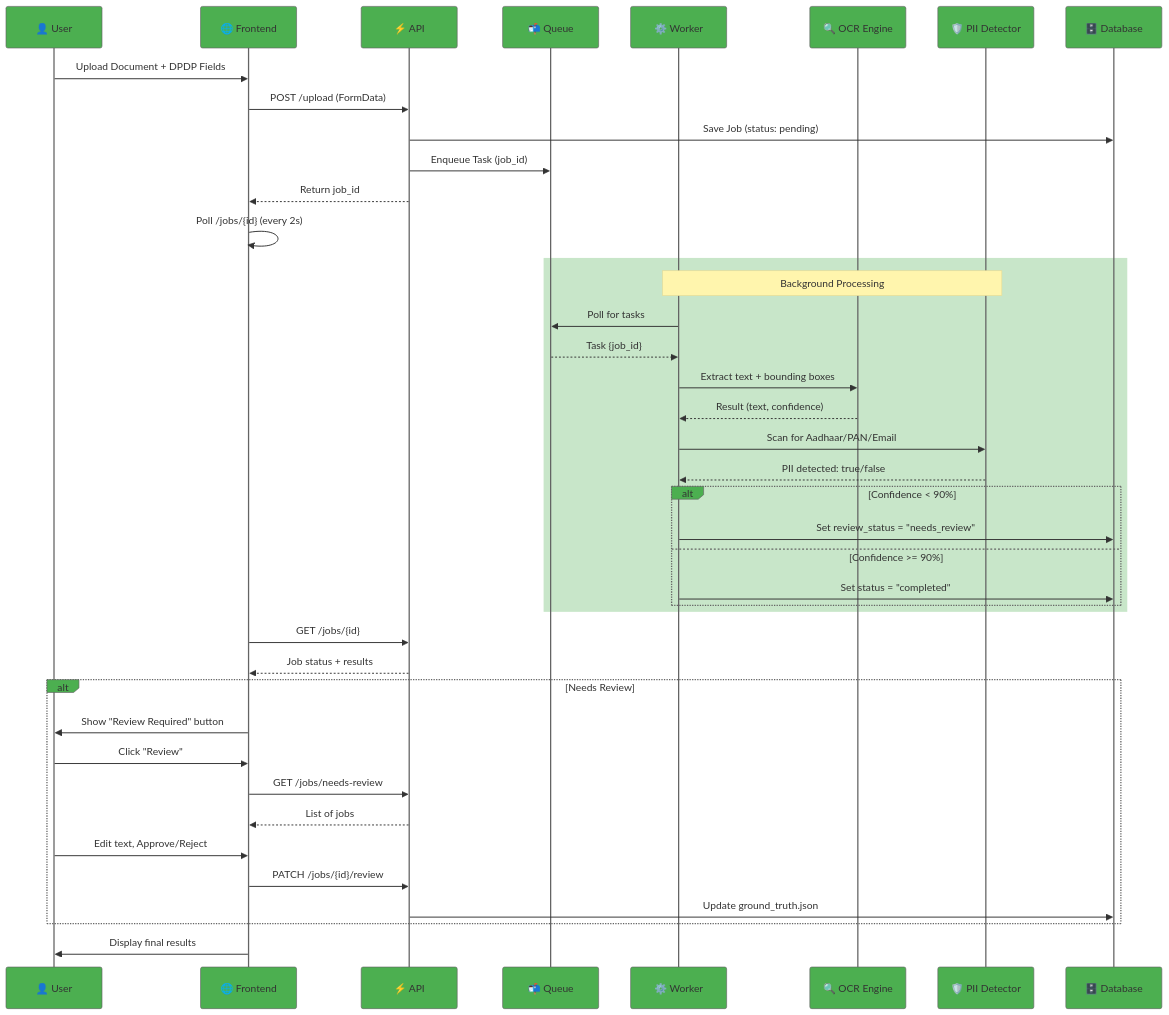
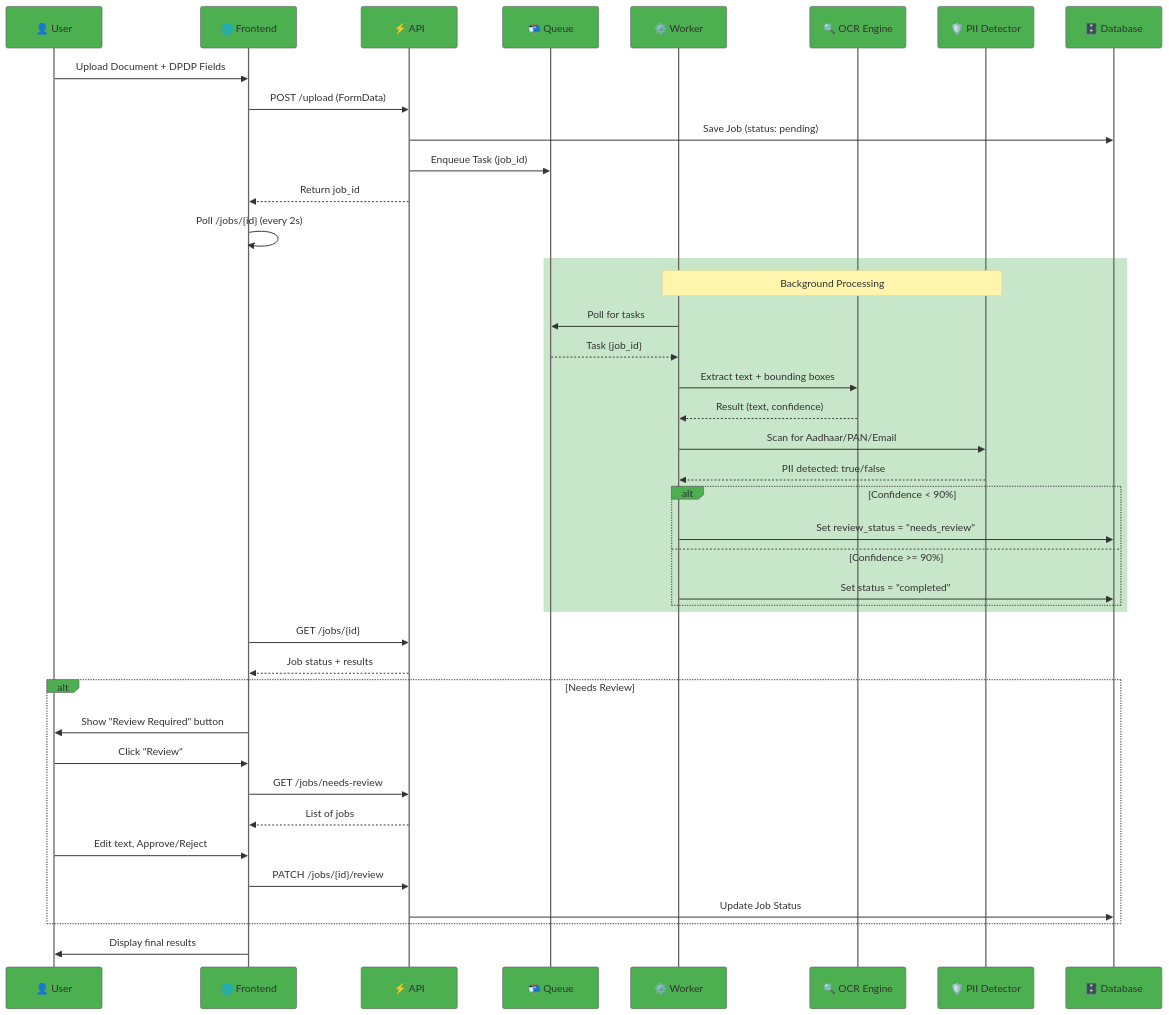
The second of 2 diagrams in backend/ARCHITECTURE.md (VIKAS9793/IndiaAI-IDP-Platform), drawn with Mermaid before and after one commit. The commit also changed other lines of this file and 6 other files, not shown here.

````diff
--- a/backend/ARCHITECTURE.md
+++ b/backend/ARCHITECTURE.md
@@ -176,50 +176,50 @@
 ```mermaid
 %%{init: {'theme':'base', 'themeVariables': { 'primaryColor':'#4CAF50','secondaryColor':'#2196F3','tertiaryColor':'#FF9800'}}}%%
 sequenceDiagram
     participant U as 👤 User
     participant UI as 🌐 Frontend
     participant API as ⚡ API
     participant Q as 📬 Queue
     participant W as ⚙️ Worker
     participant OCR as 🔍 OCR Engine
     participant PII as 🛡️ PII Detector
     participant DB as 🗄️ Database
     
     U->>UI: Upload Document + DPDP Fields
     UI->>API: POST /upload (FormData)
     API->>DB: Save Job (status: pending)
     API->>Q: Enqueue Task (job_id)
     API-->>UI: Return job_id
     UI->>UI: Poll /jobs/{id} (every 2s)
     
     rect rgb(200, 230, 201)
     Note over W,PII: Background Processing
     W->>Q: Poll for tasks
     Q-->>W: Task {job_id}
     W->>OCR: Extract text + bounding boxes
     OCR-->>W: Result (text, confidence)
     W->>PII: Scan for Aadhaar/PAN/Email
     PII-->>W: PII detected: true/false
     
     alt Confidence < 90%
         W->>DB: Set review_status = "needs_review"
     else Confidence >= 90%
         W->>DB: Set status = "completed"
     end
     end
     
     UI->>API: GET /jobs/{id}
     API-->>UI: Job status + results
     
     alt Needs Review
         UI->>U: Show "Review Required" button
         U->>UI: Click "Review"
         UI->>API: GET /jobs/needs-review
         API-->>UI: List of jobs
         U->>UI: Edit text, Approve/Reject
         UI->>API: PATCH /jobs/{id}/review
-        API->>DB: Update ground_truth.json
+        API->>DB: Update Job Status
     end
     
     UI->>U: Display final results
 ```
````
